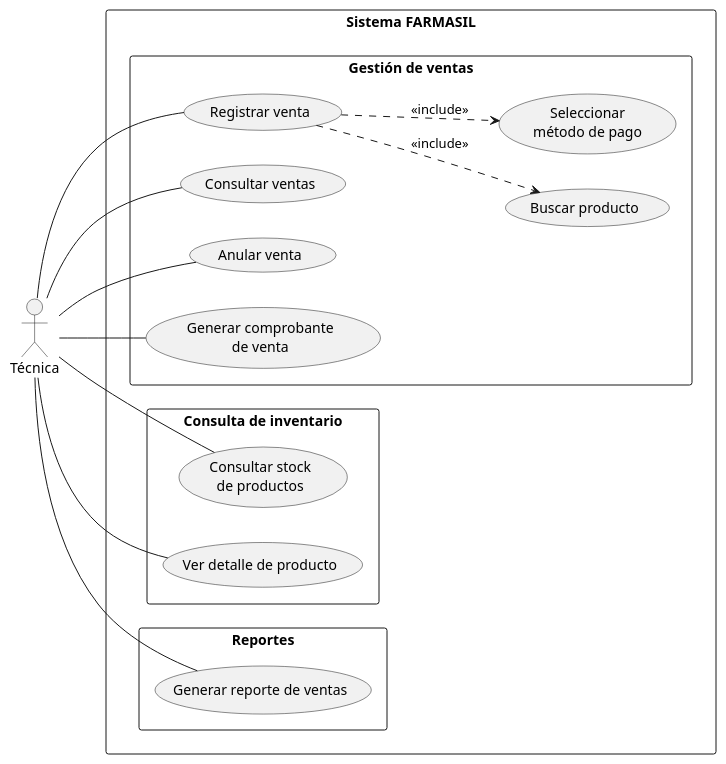
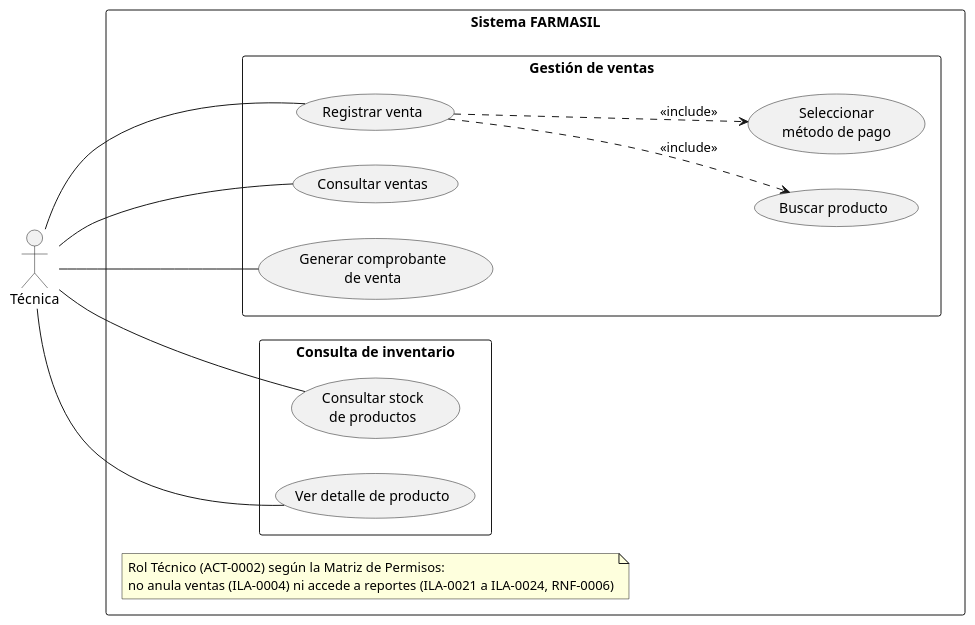
Before and after one commit to Luis-Ayben-Chahua-Charca/Farmasil_App: the diagram in docs/diagramas/plaintext-CasosUso/CU-02_Actor_Tecnica.puml, drawn with PlantUML. The commit also changed 7 other files, not shown here.

```diff
--- a/docs/diagramas/plaintext-CasosUso/CU-02_Actor_Tecnica.puml
+++ b/docs/diagramas/plaintext-CasosUso/CU-02_Actor_Tecnica.puml
@@ -1,41 +1,36 @@
 @startuml
 left to right direction
 
 actor "Técnica" as Tecnica
 
 rectangle "Sistema FARMASIL" {
 
     rectangle "Gestión de ventas" {
         usecase "Registrar venta" as V1
         usecase "Consultar ventas" as V2
-        usecase "Anular venta" as V3
         usecase "Generar comprobante\nde venta" as V4
 
         usecase "Buscar producto" as V5
         usecase "Seleccionar\nmétodo de pago" as V6
 
         V1 ..> V5 : <<include>>
         V1 ..> V6 : <<include>>
     }
 
+    note "Rol Técnico (ACT-0002) según la Matriz de Permisos:\nno anula ventas (ILA-0004) ni accede a reportes (ILA-0021 a ILA-0024, RNF-0006)" as N1
+
     rectangle "Consulta de inventario" {
         usecase "Consultar stock\nde productos" as I1
         usecase "Ver detalle de producto" as I2
     }
 
-    rectangle "Reportes" {
-        usecase "Generar reporte de ventas" as R1
-    }
 }
 
 Tecnica -- V1
 Tecnica -- V2
-Tecnica -- V3
 Tecnica -- V4
 
 Tecnica -- I1
 Tecnica -- I2
 
-Tecnica -- R1
-
 @enduml
```
